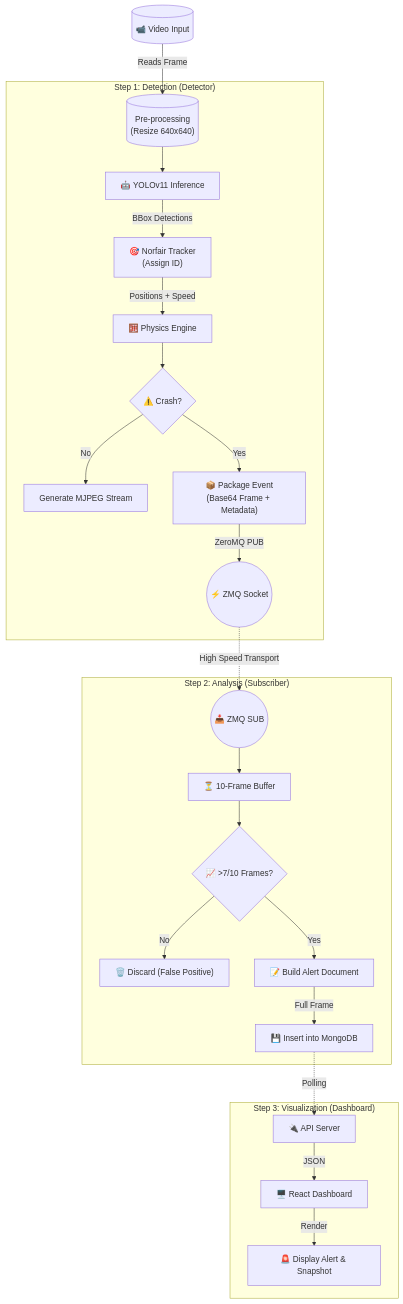
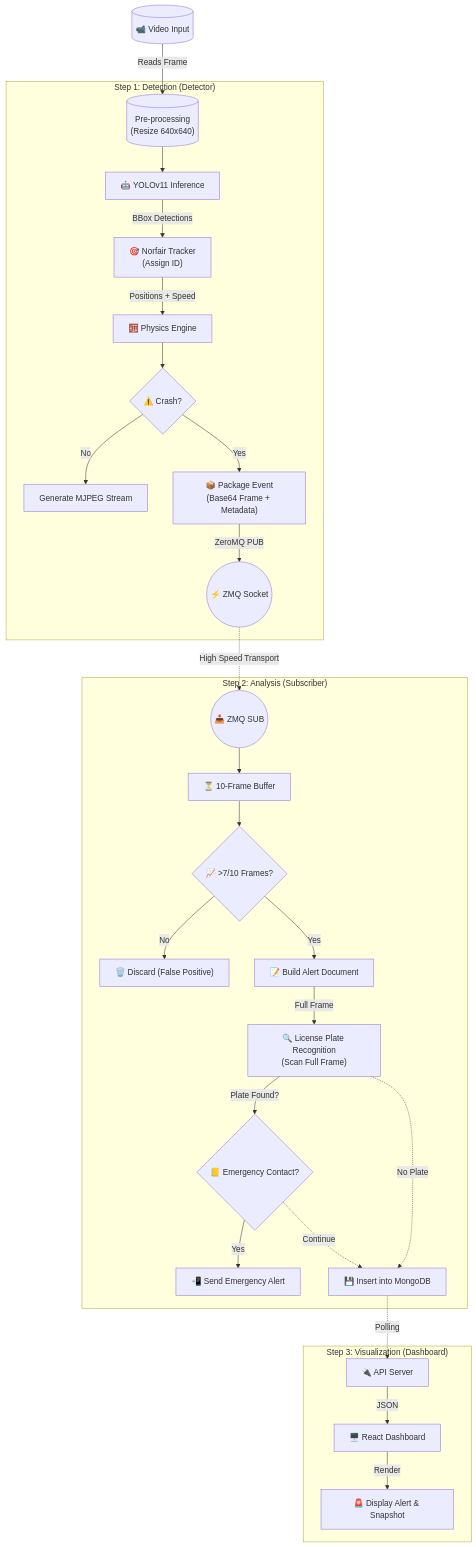
One commit to Rama-53/accident-detction-2.0 changed the diagram in PIPELINE.md. Above: the diagram before and after it, drawn with Mermaid.

````diff
--- a/PIPELINE.md
+++ b/PIPELINE.md
@@ -5,39 +5,43 @@
 ```mermaid
 graph TD
     %% 1. Input Stage
     Input[("📹 Video Input")] -->|Reads Frame| Resize[("Pre-processing<br>(Resize 640x640)")]
     
     %% 2. Detection Stage (The "Brain")
     subgraph Detector_Publisher ["Step 1: Detection (Detector)"]
         Resize --> Inference["🤖 YOLOv11 Inference"]
         Inference -->|BBox Detections| Tracker["🎯 Norfair Tracker<br>(Assign ID)"]
         Tracker -->|Positions + Speed| Physics["🧮 Physics Engine"]
         
         Physics --> Check{"⚠️ Crash?"}
         Check -->|No| StreamOnly["Generate MJPEG Stream"]
         Check -->|Yes| Pack["📦 Package Event<br>(Base64 Frame + Metadata)"]
         
         Pack -->|ZeroMQ PUB| ZMQ(("⚡ ZMQ Socket"))
     end
 
     %% 3. Transmission
     ZMQ -.->|High Speed Transport| Subscriber_In(("📥 ZMQ SUB"))
 
     %% 4. Subscriber Stage (The "Clerk")
     subgraph Classifier_Subscriber ["Step 2: Analysis (Subscriber)"]
         Subscriber_In --> Buffer["⏳ 10-Frame Buffer"]
         Buffer --> Threshold{"📈 >7/10 Frames?"}
         
         Threshold -->|No| Discard["🗑️ Discard (False Positive)"]
         Threshold -->|Yes| BuildDoc["📝 Build Alert Document"]
         
-        BuildDoc -->|Full Frame| DB_Write["💾 Insert into MongoDB"]
+        BuildDoc -->|Full Frame| LPR["🔍 License Plate Recognition<br>(Scan Full Frame)"]
+        LPR -->|Plate Found?| ContactCheck{"📒 Emergency Contact?"}
+        ContactCheck -->|Yes| AlertSMS["📲 Send Emergency Alert"]
+        ContactCheck -.->|Continue| DB_Write["💾 Insert into MongoDB"]
+        LPR -.->|No Plate| DB_Write
     end
 
     %% 5. Visualization Stage
     subgraph Frontend ["Step 3: Visualization (Dashboard)"]
         DB_Write -.->|Polling| API["🔌 API Server"]
         API -->|JSON| UI["🖥️ React Dashboard"]
         UI -->|Render| AlertCard["🚨 Display Alert & Snapshot"]
     end
 ```
````
